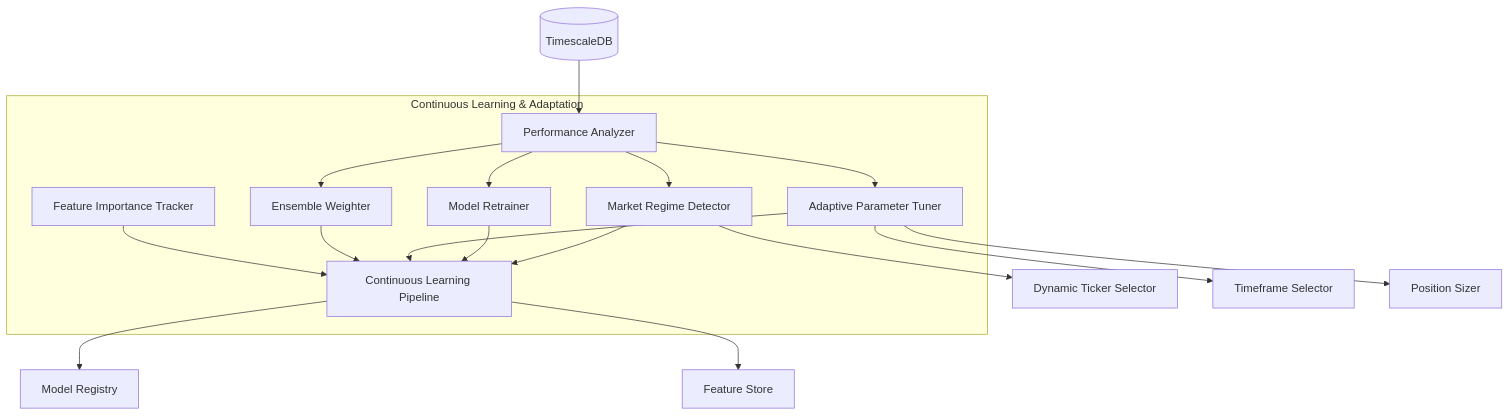
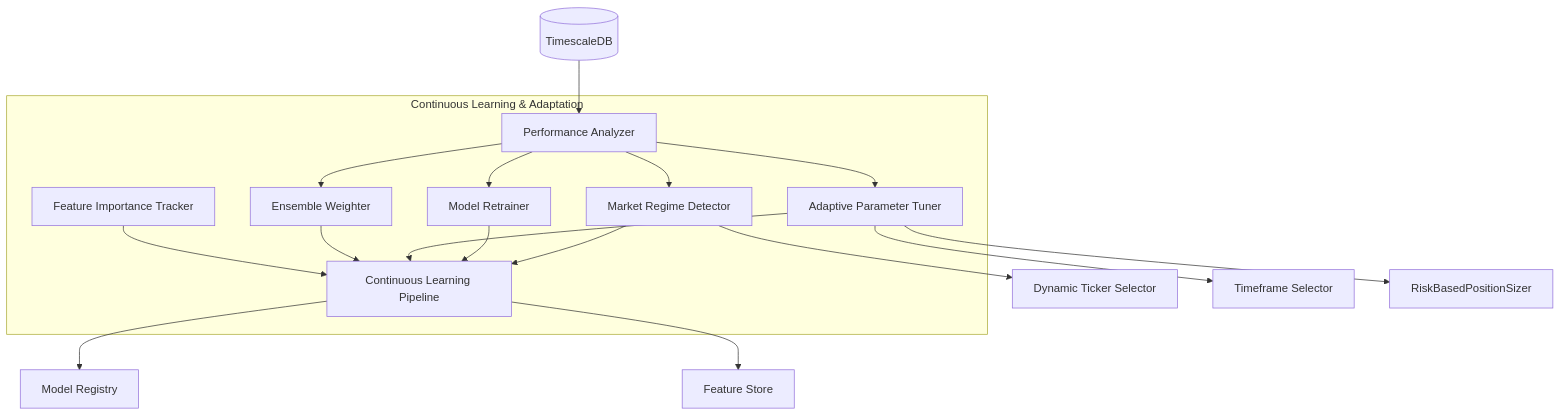
Diagram 12 of 18 in docs/03_autonomous_trading_system_workflow.md (Slusheeking/INAVVI_0.0.1), drawn with Mermaid before and after one commit. The commit also changed other lines of this file and 23 other files, not shown here.

````diff
--- a/docs/03_autonomous_trading_system_workflow.md
+++ b/docs/03_autonomous_trading_system_workflow.md
@@ -523,39 +526,39 @@
 ```mermaid
 flowchart TD
     %% Continuous Learning Components
     subgraph "Continuous Learning & Adaptation"
         PA[Performance Analyzer]
         MRD[Market Regime Detector]
         MRT[Model Retrainer]
         APT[Adaptive Parameter Tuner]
         EW[Ensemble Weighter]
         FIT[Feature Importance Tracker]
         CLP[Continuous Learning Pipeline]
         
         PA --> MRD
         PA --> MRT
         PA --> APT
         PA --> EW
         MRD --> CLP
         MRT --> CLP
         APT --> CLP
         EW --> CLP
         FIT --> CLP
     end
     
     %% External Systems
     TS1[(TimescaleDB)]
     MR[Model Registry]
     FS[Feature Store]
     DTS[Dynamic Ticker Selector]
-    TS[Timeframe Selector]
-    PS[Position Sizer]
+    TSel[Timeframe Selector]
+    PS[RiskBasedPositionSizer]
     
     %% External Connections
     TS1 --> PA
     CLP --> MR
     CLP --> FS
     MRD --> DTS
-    APT --> TS
+    APT --> TSel
     APT --> PS
 ```
````
